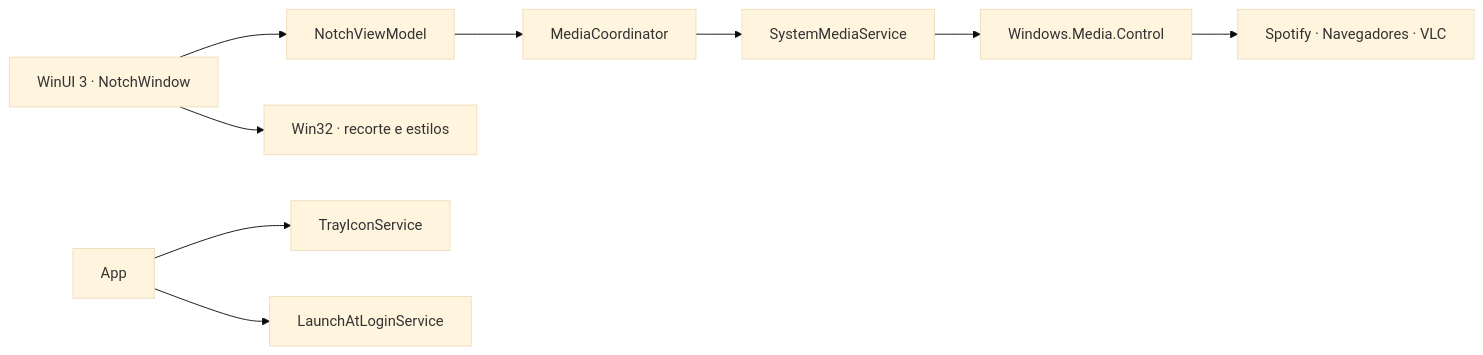
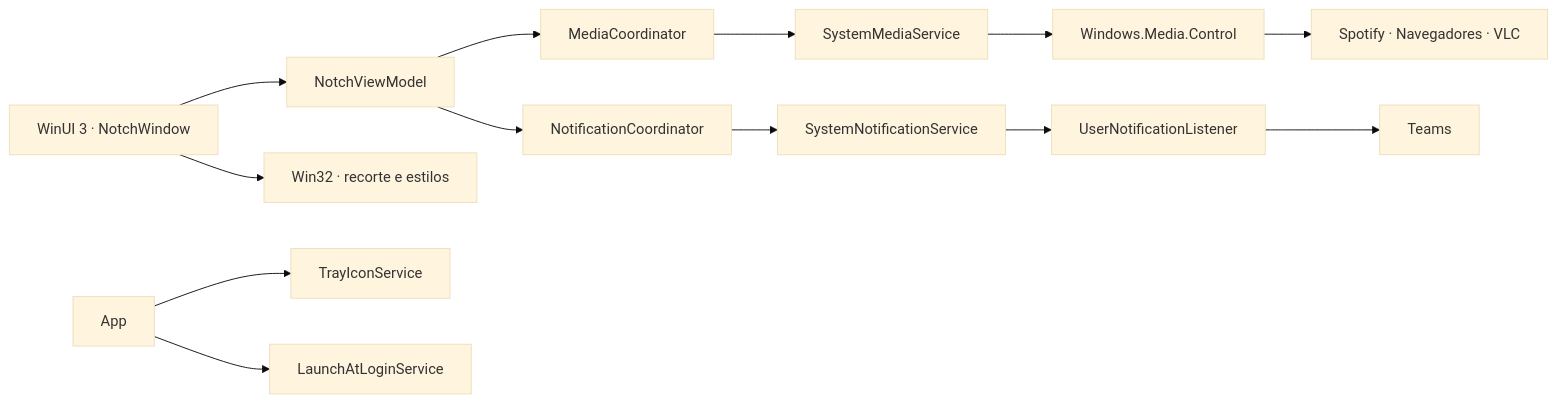
Before and after one commit to edusgouveia/NotchFlow-Win: the diagram in README.md, drawn with Mermaid (base theme). The commit also changed other lines of this file and 18 other files, not shown here.

````diff
--- a/README.md
+++ b/README.md
@@ -132,11 +176,15 @@
 ```mermaid
 flowchart LR
     UI["WinUI 3 · NotchWindow"] --> VM["NotchViewModel"]
     UI --> WIN32["Win32 · recorte e estilos"]
     VM --> MEDIA["MediaCoordinator"]
+    VM --> NOTIF["NotificationCoordinator"]
     MEDIA --> SMTC["SystemMediaService"]
     SMTC --> WINRT["Windows.Media.Control"]
     WINRT --> PLAYERS["Spotify · Navegadores · VLC"]
+    NOTIF --> NSVC["SystemNotificationService"]
+    NSVC --> LISTENER["UserNotificationListener"]
+    LISTENER --> TEAMS["Teams"]
     APP["App"] --> TRAY["TrayIconService"]
     APP --> LOGIN["LaunchAtLoginService"]
 ```
````
